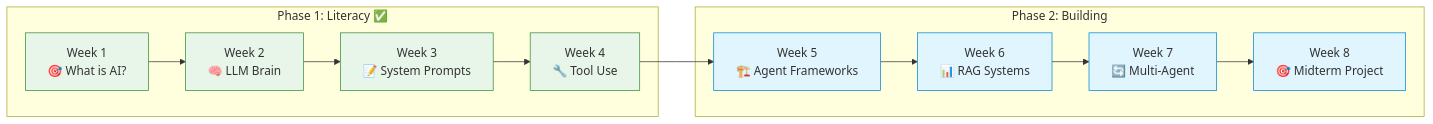
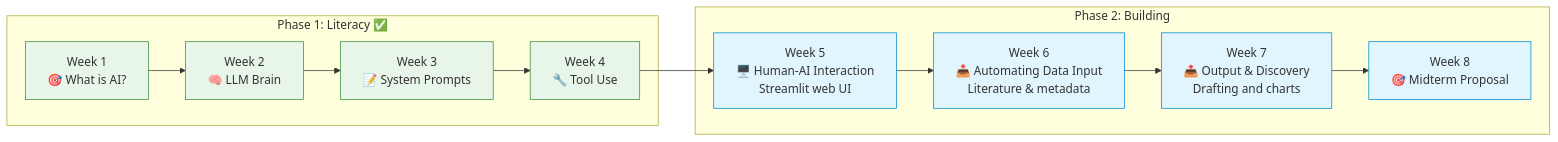
One commit to MIRAE-Laboratory/UST_Lecture_AgenticAI changed the fourth of 4 diagrams in week_04.md. Above: the diagram before and after it, drawn with Mermaid. The commit also changed other lines of this file and 26 other files, not shown here.

````diff
--- a/week_04.md
+++ b/week_04.md
@@ -1163,24 +1331,24 @@
 ```mermaid
 graph LR
     subgraph "Phase 1: Literacy ✅"
         W1["Week 1<br>🎯 What is AI?"]
         W2["Week 2<br>🧠 LLM Brain"]
         W3["Week 3<br>📝 System Prompts"]
         W4["Week 4<br>🔧 Tool Use"]
     end
     subgraph "Phase 2: Building"
-        W5["Week 5<br>🏗️ Agent Frameworks"]
-        W6["Week 6<br>📊 RAG Systems"]
-        W7["Week 7<br>🔄 Multi-Agent"]
-        W8["Week 8<br>🎯 Midterm Project"]
+        W5["Week 5<br>🖥️ Human-AI Interaction<br>Streamlit web UI"]
+        W6["Week 6<br>📥 Automating Data Input<br>Literature & metadata"]
+        W7["Week 7<br>📤 Output & Discovery<br>Drafting and charts"]
+        W8["Week 8<br>🎯 Midterm Proposal"]
     end
     W1 --> W2 --> W3 --> W4 --> W5 --> W6 --> W7 --> W8
     style W1 fill:#e8f5e9,stroke:#388e3c
     style W2 fill:#e8f5e9,stroke:#388e3c
     style W3 fill:#e8f5e9,stroke:#388e3c
     style W4 fill:#e8f5e9,stroke:#388e3c
     style W5 fill:#e1f5fe,stroke:#0288d1
     style W6 fill:#e1f5fe,stroke:#0288d1
     style W7 fill:#e1f5fe,stroke:#0288d1
     style W8 fill:#e1f5fe,stroke:#0288d1
 ```
````
